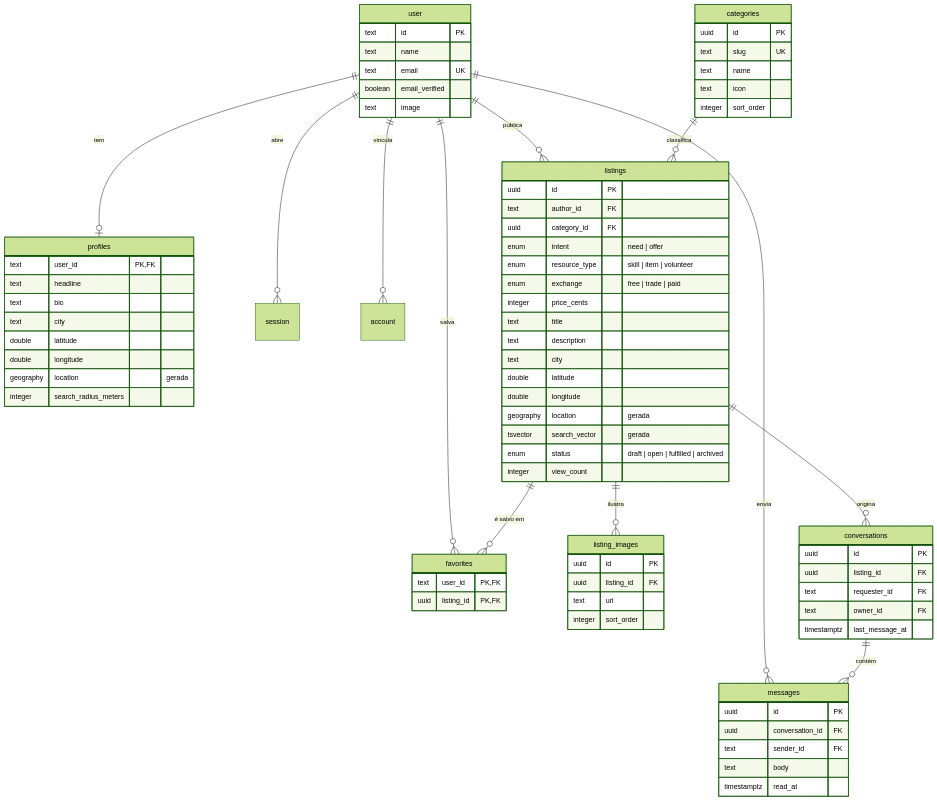
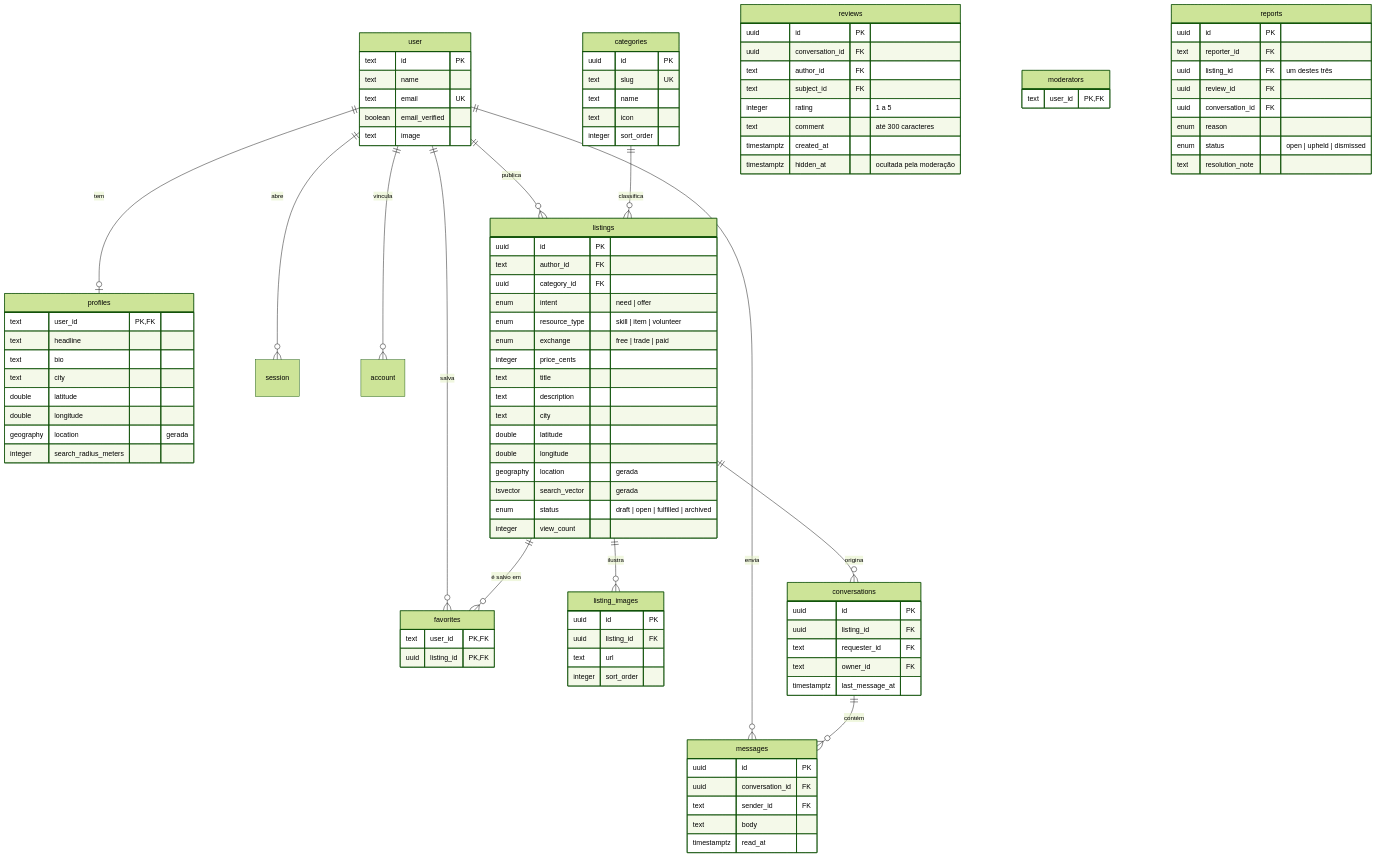
The diagram in docs/data-model.md (CollabCity/CollabCity), drawn with Mermaid (forest theme) before and after one commit. The commit also changed other lines of this file and 15 other files, not shown here.

````diff
--- a/docs/data-model.md
+++ b/docs/data-model.md
@@ -92,4 +92,30 @@
         text body
         timestamptz read_at
     }
+
+    reviews {
+        uuid id PK
+        uuid conversation_id FK
+        text author_id FK
+        text subject_id FK
+        integer rating "1 a 5"
+        text comment "até 300 caracteres"
+        timestamptz created_at
+        timestamptz hidden_at "ocultada pela moderação"
+    }
+
+    moderators {
+        text user_id PK,FK
+    }
+
+    reports {
+        uuid id PK
+        text reporter_id FK
+        uuid listing_id FK "um destes três"
+        uuid review_id FK
+        uuid conversation_id FK
+        enum reason
+        enum status "open | upheld | dismissed"
+        text resolution_note
+    }
 ```
````
